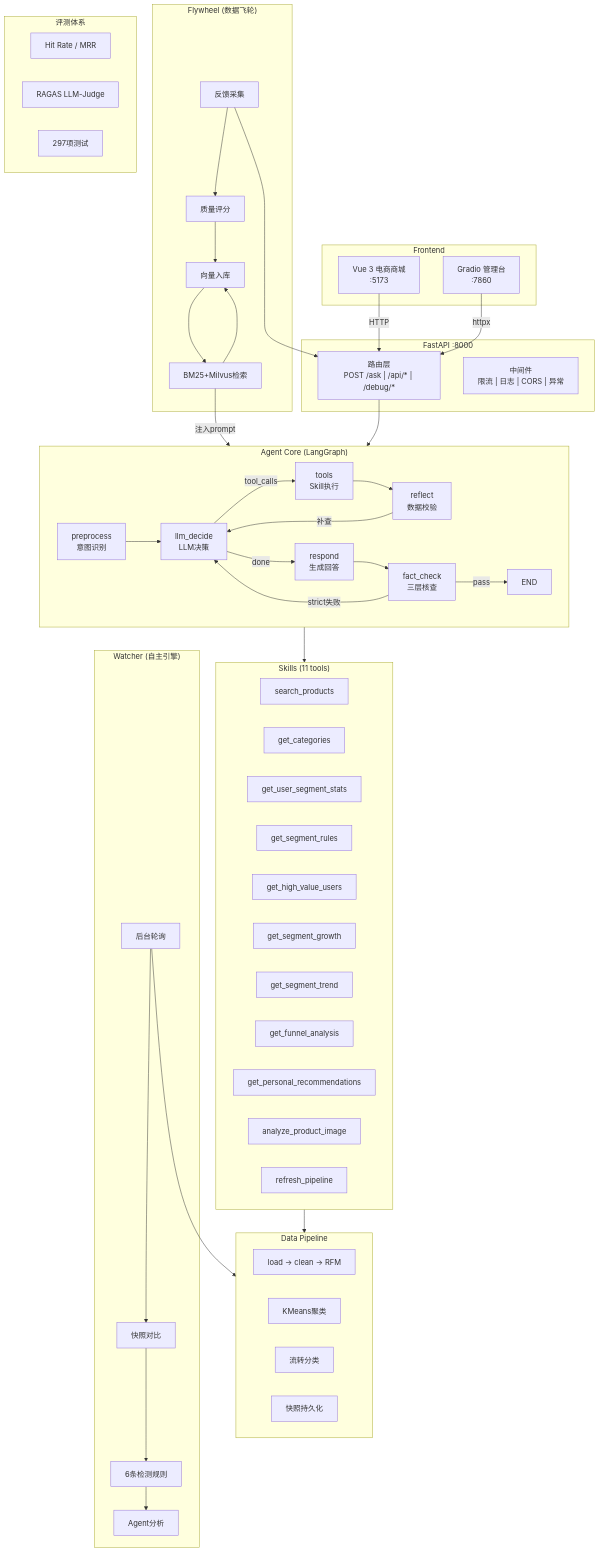
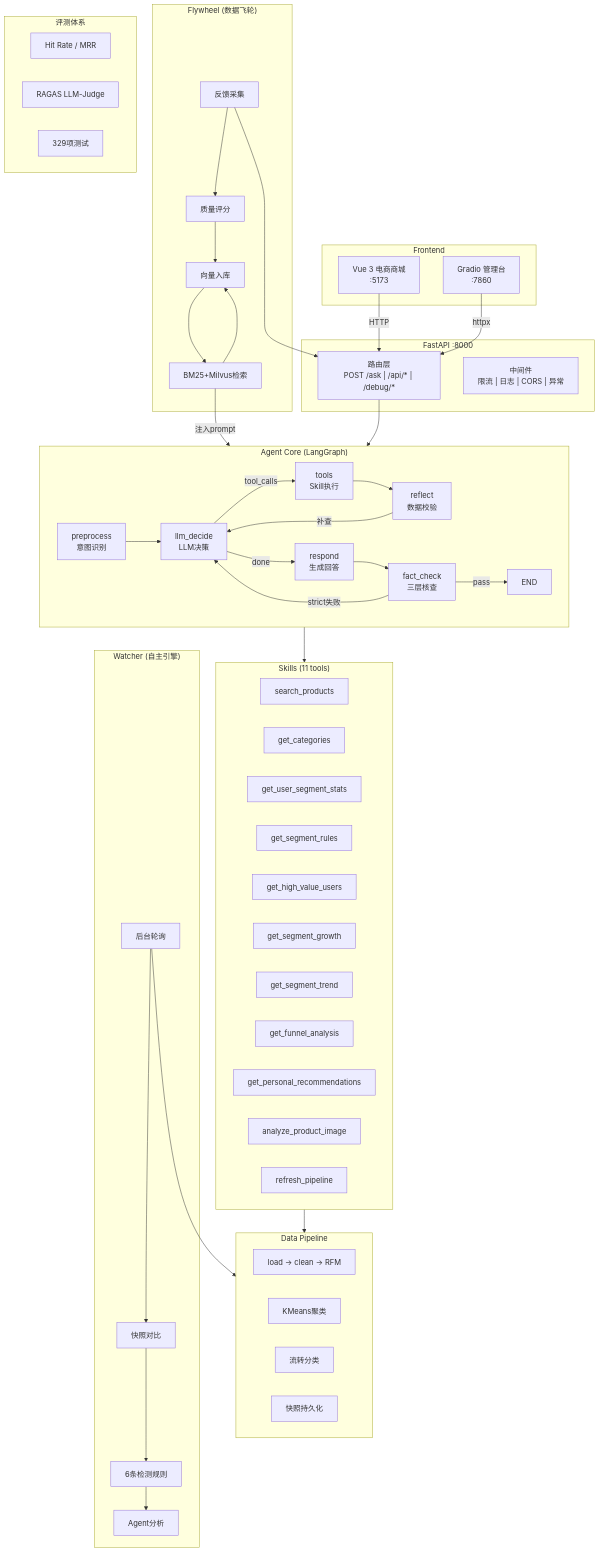
The diagram in README.md (SSNN666/user-insight-bot), drawn with Mermaid before and after one commit. The commit also changed other lines of this file and 7 other files, not shown here.

````diff
--- a/README.md
+++ b/README.md
@@ -33,73 +33,73 @@
 ```mermaid
 flowchart TB
     subgraph Frontend["Frontend"]
         Vue["Vue 3 电商商城<br/>:5173"]
         Gradio["Gradio 管理台<br/>:7860"]
     end
 
     subgraph API["FastAPI :8000"]
         Router["路由层<br/>POST /ask | /api/* | /debug/*"]
         Middleware["中间件<br/>限流 | 日志 | CORS | 异常"]
     end
 
     subgraph Agent["Agent Core (LangGraph)"]
         direction LR
         Pre["preprocess<br/>意图识别"] --> LLM["llm_decide<br/>LLM决策"]
         LLM -->|tool_calls| Tools["tools<br/>Skill执行"]
         Tools --> Reflect["reflect<br/>数据校验"]
         Reflect -->|补查| LLM
         LLM -->|done| Respond["respond<br/>生成回答"]
         Respond --> FC["fact_check<br/>三层核查"]
         FC -->|strict失败| LLM
         FC -->|pass| Done["END"]
     end
 
     subgraph Skills["Skills (11 tools)"]
         Search["search_products"]
         Cats["get_categories"]
         Stats["get_user_segment_stats"]
         Rules["get_segment_rules"]
         HighVal["get_high_value_users"]
         Growth["get_segment_growth"]
         Trend["get_segment_trend"]
         Funnel["get_funnel_analysis"]
         Recommend["get_personal_recommendations"]
         Image["analyze_product_image"]
         Refresh["refresh_pipeline"]
     end
 
     subgraph Pipeline["Data Pipeline"]
         Load["load → clean → RFM"]
         Cluster["KMeans聚类"]
         Flow["流转分类"]
         Snapshot["快照持久化"]
     end
 
     subgraph Watcher["Watcher (自主引擎)"]
         Poll["后台轮询"] --> Diff["快照对比"]
         Diff --> Detect["6条检测规则"]
         Detect --> Dispatch["Agent分析"]
     end
 
     subgraph Flywheel["Flywheel (数据飞轮)"]
         Collect["反馈采集"] --> Score["质量评分"]
         Score --> Vector["向量入库"]
         Vector --> Retrieve["BM25+Milvus检索"]
         Retrieve -->|注入prompt| LLM
     end
 
     subgraph Eval["评测体系"]
         HR["Hit Rate / MRR"]
         Ragas["RAGAS LLM-Judge"]
-        Unit["297项测试"]
+        Unit["329项测试"]
     end
 
     Vue -->|"HTTP"| Router
     Gradio -->|"httpx"| Router
     Router --> Agent
     Agent --> Skills
     Skills --> Pipeline
     Poll --> Pipeline
     Collect --> Router
     Retrieve --> Vector
 ```
````
